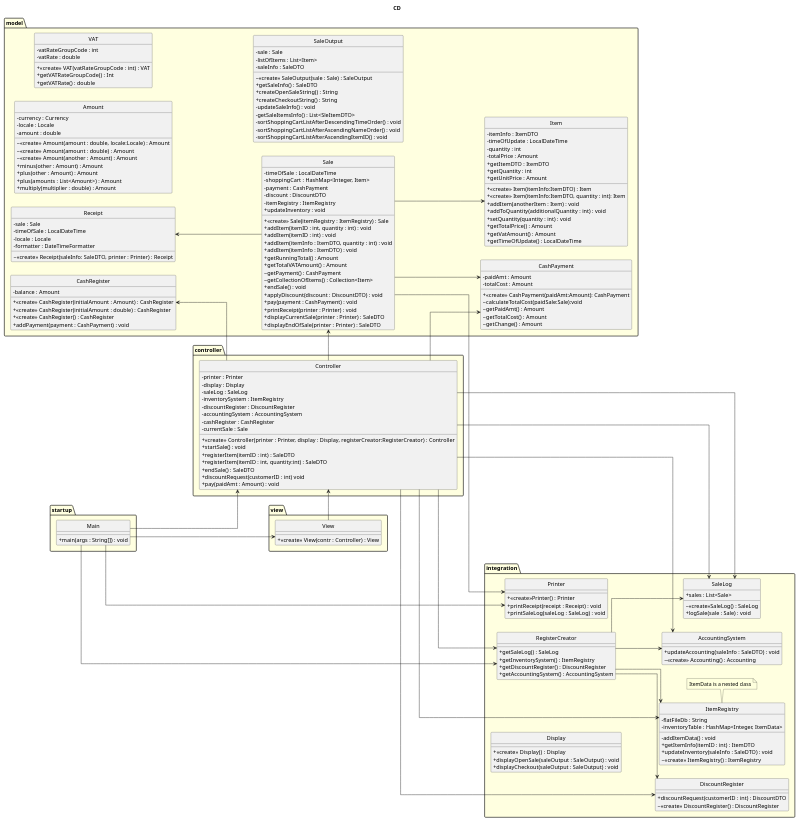
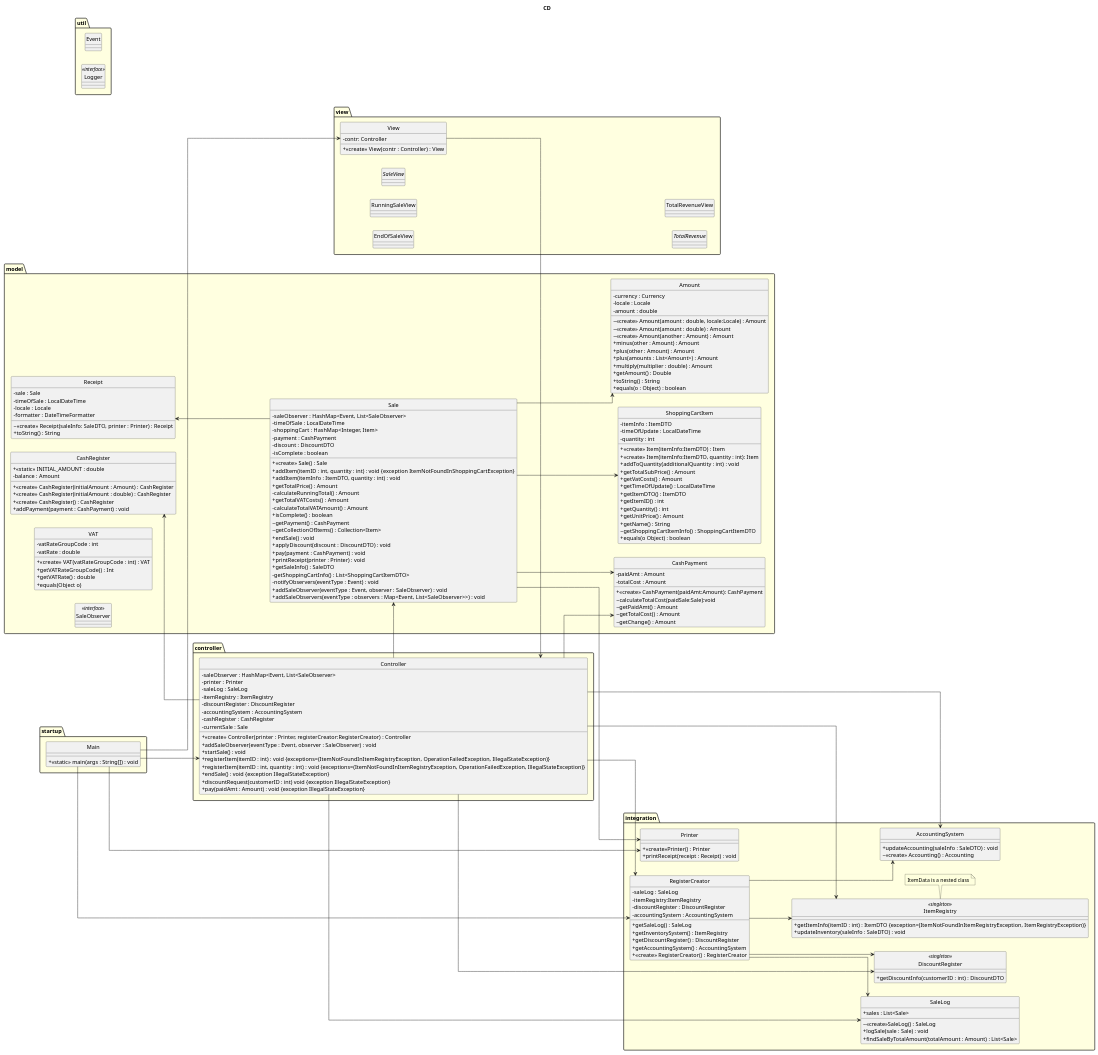
Before and after one commit to VincentFerrigan/kth-iv1350-object-oriented-design: the first of 8 diagrams in uml/uml_v3.puml, drawn with PlantUML. The commit also changed other lines of this file and 28 other files, not shown here.

```diff
--- a/uml/uml_v3.puml
+++ b/uml/uml_v3.puml
@@ -12,75 +12,87 @@
 together {
 package startup {
     class Main{
-        +main(args : String[]) : void
+        + <<static>> main(args : String[]) : void
     }
 }
     package view {
-    class View {
-        + <<create>> View(contr : Controller) : View
-    }
+        class View {
+            - contr: Controller
+            + <<create>> View(contr : Controller) : View
+        }
+        class EndOfSaleView {}
+        class RunningSaleView {}
+        abstract class SaleView {}
+        abstract class TotalRevenue {}
+        class TotalRevenueView {}
     }
     package controller {
         class Controller{
+            - saleObserver : HashMap<Event, List<SaleObserver>
             - printer : Printer
-            - display : Display
             - saleLog : SaleLog
-            - inventorySystem : ItemRegistry
+            - itemRegistry : ItemRegistry
             - discountRegister : DiscountRegister
             - accountingSystem : AccountingSystem
             - cashRegister : CashRegister
             - currentSale : Sale
-            +<<create>> Controller(printer : Printer, display : Display, registerCreator:RegisterCreator) : Controller
-            +startSale() : void
-            +registerItem(itemID : int) : SaleDTO
-            +registerItem(itemID : int, quantity:int) : SaleDTO
-            +endSale() : SaleDTO
-            +discountRequest(customerID : int) void
-            +pay(paidAmt : Amount) : void
+            + <<create>> Controller(printer : Printer, registerCreator:RegisterCreator) : Controller
+            + addSaleObserver(eventType : Event, observer : SaleObserver) : void
+            + startSale() : void
+            + registerItem(itemID : int) : void {exceptions=(ItemNotFoundInItemRegistryException, OperationFailedException, IllegalStateException)}
+            + registerItem(itemID : int, quantity : int) : void {exceptions=(ItemNotFoundInItemRegistryException, OperationFailedException, IllegalStateException)}
+            + endSale() : void {exception IllegalStateException}
+            + discountRequest(customerID : int) void {exception IllegalStateException}
+            + pay(paidAmt : Amount) : void {exception IllegalStateException}
         }
     }
     package model {
         class Sale{
+            - saleObserver : HashMap<Event, List<SaleObserver>
             - timeOfSale : LocalDateTime
             - shoppingCart : HashMap<Integer, Item>
             - payment : CashPayment
             - discount : DiscountDTO
-            - itemRegistry : ItemRegistry
-            + <<create>> Sale(itemRegistry : ItemRegistry) : Sale
-            + addItem(itemID : int, quantity : int) : void
-            + addItem(itemID : int) : void
+            - isComplete : boolean
+            + <<create>> Sale() : Sale
+            + addItem(itemID : int, quantity : int) : void {exception ItemNotFoundInShoppingCartException}
             + addItem(itemInfo : ItemDTO, quantity : int) : void
-            + addItem(itemInfo : ItemDTO) : void
-            + getRunningTotal() : Amount
-            + getTotalVATAmount() : Amount
+            + getTotalPrice() : Amount
+            - calculateRunningTotal() : Amount
+            + getTotalVATCosts() : Amount
+            - calculateTotalVATAmount() : Amount
+            + isComplete() : boolean
             ~ getPayment() : CashPayment
             ~ getCollectionOfItems() : Collection<Item>
             + endSale() : void
             + applyDiscount(discount : DiscountDTO) : void
             + pay(payment : CashPayment) : void
             + printReceipt(printer : Printer) : void
-            + displayCurrentSale(printer : Printer) : SaleDTO
-            + displayEndOfSale(printer : Printer) : SaleDTO
-            + updateInventory : void
+            + getSaleInfo() : SaleDTO
+            - getShoppingCartInfo() : List<ShoppingCartItemDTO>
+            - notifyObservers(eventType : Event) : void
+            + addSaleObserver(eventType : Event, observer : SaleObserver) : void
+            + addSaleObservers(eventType : observers : Map<Event, List<SaleObserver>>) : void
         }
-        class Item{
+        class ShoppingCartItem{
             - itemInfo : ItemDTO
             - timeOfUpdate : LocalDateTime
             - quantity : int
-            - totalPrice : Amount
             + <<create>> Item(itemInfo:ItemDTO) : Item
             + <<create>> Item(itemInfo:ItemDTO, quantity : int): Item
-            + addItem(anotherItem : Item) : void
+'            + addItem(anotherItem : Item) : void
             + addToQuantity(additionalQuantity : int) : void
-            + setQuantity(quantity : int) : void
-            + getTotalPrice() : Amount
-            + getVatAmount() : Amount
+'            + setQuantity(quantity : int) : void
+            + getTotalSubPrice() : Amount
+            + getVatCosts() : Amount
             + getTimeOfUpdate() : LocalDateTime
-            + getItemDTO : ItemDTO
-            + getQuantity : int
-            + getUnitPrice : Amount
-'            + increment():void
-'            + decrement():void
+            + getItemDTO() : ItemDTO
+            + getItemID() : int
+            + getQuantity() : int
+            + getUnitPrice() : Amount
+            + getName() : String
+            ~ getShoppingCartItemInfo() : ShoppingCartItemDTO
+            + equals(o Object) : boolean
             }
         class CashPayment{
             - paidAmt : Amount
@@ -92,6 +104,7 @@
             ~ getChange() : Amount
             }
         class CashRegister{
+            + <<static>> INITIAL_AMOUNT : double
             - balance : Amount
             + <<create>> CashRegister(initialAmount : Amount) : CashRegister
             + <<create>> CashRegister(initialAmount : double) : CashRegister
@@ -104,6 +117,7 @@
             - locale : Locale
             - formatter : DateTimeFormatter
             ~ <<create>> Receipt(saleInfo: SaleDTO, printer : Printer) : Receipt
+            + toString() : String
 
         }
         class Amount{
@@ -117,6 +131,9 @@
             + plus(other : Amount) : Amount
             + plus(amounts : List<Amount>) : Amount
             + multiply(multiplier : double) : Amount
+            + getAmount() : Double
+            + toString() : String
+            + equals(o : Object) : boolean
         }
         class VAT{
             - vatRateGroupCode : int
@@ -124,48 +141,40 @@
             + <<create>> VAT(vatRateGroupCode : int) : VAT
             + getVATRateGroupCode() : Int
             + getVATRate() : double
+            + equals(Object o)
         }
-        class SaleOutput {
-            - sale : Sale
-            - listOfItems : List<Item>
-            - saleInfo : SaleDTO
-            ~ <<create>> SaleOutput(sale : Sale) : SaleOutput
-            + getSaleInfo() : SaleDTO
-            + createOpenSaleString() : String
-            + createCheckoutString() : String
-            - updateSaleInfo() : void
-            - getSaleItemsInfo() : List<SleItemDTO>
-            - sortShoppingCartListAfterDescendingTimeOrder() : void
-            - sortShoppingCartListAfterAscendingNameOrder() : void
-            - sortShoppingCartListAfterAscendingItemID() : void
-'           Ska getSaleInfo vara private eller packageprivate? Hur ska den användas externt?
-        }
+        class SaleObserver <<interface>> {}
     }
 }
     package integration {
         class RegisterCreator{
+            - saleLog : SaleLog
+            - itemRegistry:ItemRegistry
+            - discountRegister : DiscountRegister
+            - accountingSystem : AccountingSystem
             + getSaleLog() : SaleLog
             + getInventorySystem() : ItemRegistry
             + getDiscountRegister() : DiscountRegister
             + getAccountingSystem() : AccountingSystem
+            + <<create>> RegisterCreator() : RegisterCreator
+
         }
-        class DiscountRegister{
-            +discountRequest(customerID : int) : DiscountDTO
-            ~<<create>> DiscountRegister() : DiscountRegister
+        class DiscountRegister <<singleton>> {
+            +getDiscountInfo(customerID : int) : DiscountDTO
         }
-        class ItemRegistry{
-            - flatFileDb : String
-            - inventoryTable : HashMap<Integer, ItemData>
-            - addItemData() : void
-            + getItemInfo(itemID : int) : ItemDTO
+        class ItemRegistry <<singleton>> {
+'            - flatFileDb : String
+'            - inventoryTable : HashMap<Integer, ItemData>
+'            - addItemData() : void
+            + getItemInfo(itemID : int) : ItemDTO {exception=(ItemNotFoundInItemRegistryException, ItemRegistryException)}
             + updateInventory(saleInfo : SaleDTO) : void
-            ~ <<create>> ItemRegistry() : ItemRegistry
         }
             note bottom : ItemData is a nested class
         class SaleLog{
             + sales : List<Sale>
             ~<<create>>SaleLog() : SaleLog
             + logSale(sale : Sale) : void
+            + findSaleByTotalAmount(totalAmount : Amount) : List<Sale>
         }
         class AccountingSystem{
             + updateAccounting(saleInfo : SaleDTO) : void
@@ -174,13 +183,12 @@
         class Printer{
             + <<create>>Printer() : Printer
             + printReceipt(receipt : Receipt) : void
-            + printSaleLog(saleLog : SaleLog) : void
+'            + printSaleLog(saleLog : SaleLog) : void
         }
-        class Display{
-            + <<create>> Display() :  Display
-            + displayOpenSale(saleOutput : SaleOutput) : void
-            + displayCheckout(saleOutput : SaleOutput) : void
-        }
+    }
+    package util{
+        enum Event {}
+        class Logger <<interface>> {}
     }
 Main --> View
 Main -left-> Controller
@@ -200,8 +208,8 @@
 Controller --> Sale
 Controller --> CashPayment
 Sale --> CashPayment
-Controller --> SaleLog
 Receipt <-- Sale
 Sale --> Printer
-Sale --> Item
+Sale --> ShoppingCartItem
+Sale --> Amount
 @enduml
```
